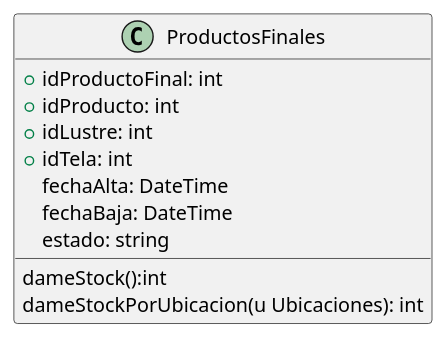
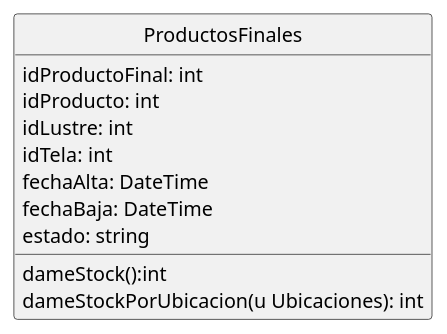
The diagram in DiagramaClases/Clases/ProductosFinales.puml (ZMGestion/DocumentacionZMGestion), drawn with PlantUML before and after one commit. The commit also changed 122 other files, not shown here.

```diff
--- a/DiagramaClases/Clases/ProductosFinales.puml
+++ b/DiagramaClases/Clases/ProductosFinales.puml
@@ -1,16 +1,17 @@
 @startuml ProductosFinales
+hide circle
 class ProductosFinales{
-    +idProductoFinal: int   
-    +idProducto: int
-    +idLustre: int
-    +idTela: int
+    idProductoFinal: int   
+    idProducto: int
+    idLustre: int
+    idTela: int
     fechaAlta: DateTime
     fechaBaja: DateTime
     estado: string
 
     dameStock():int
     dameStockPorUbicacion(u Ubicaciones): int
 
     
 }
 @enduml
```
